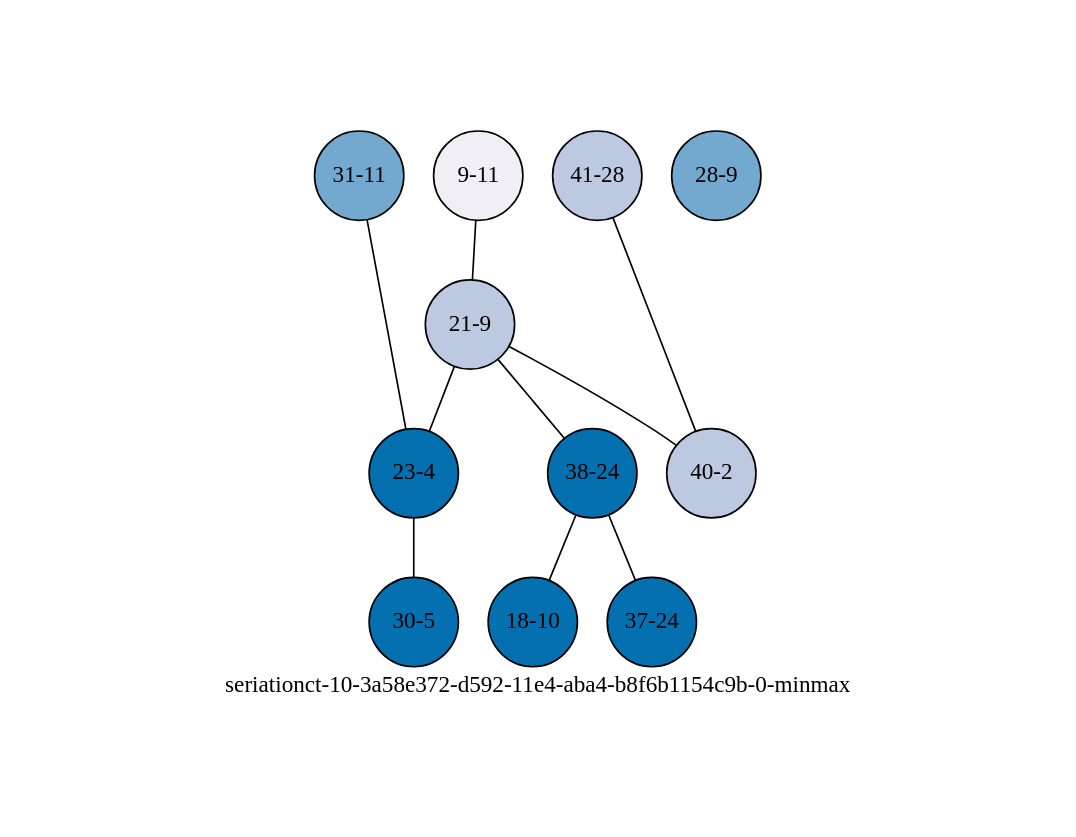
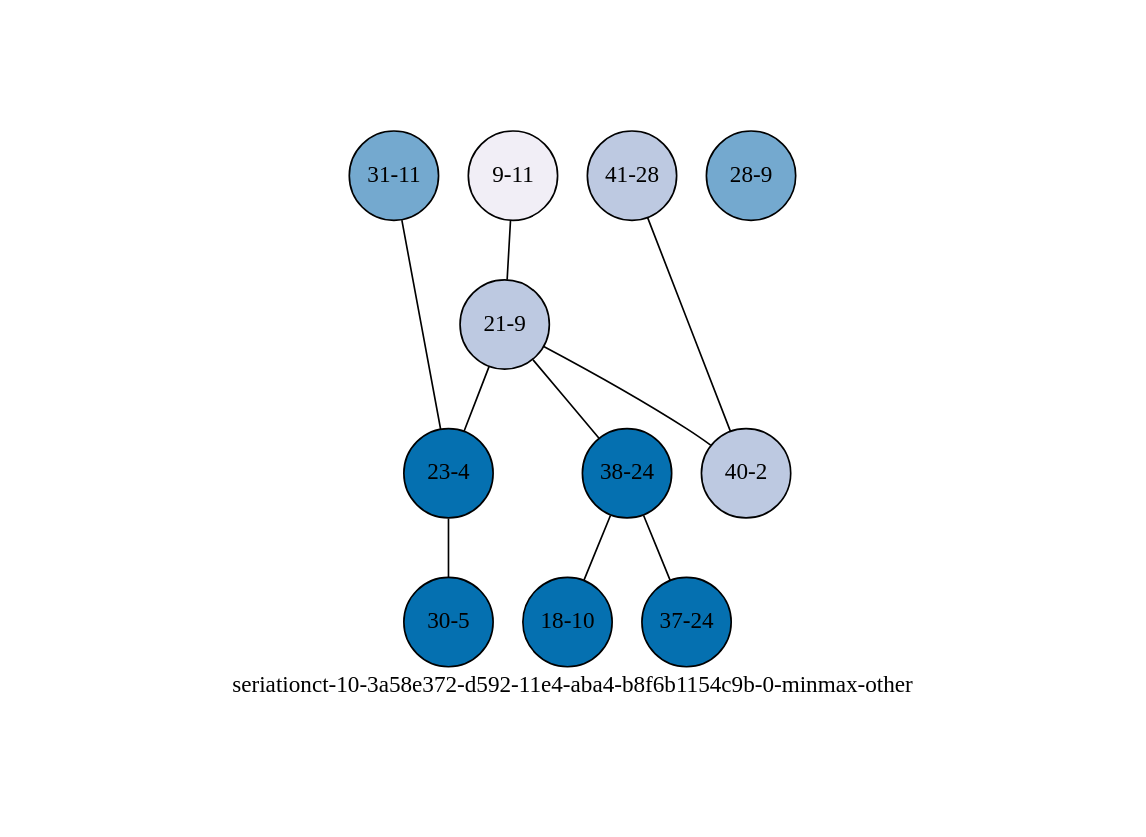
Before and after one commit to mmadsen/experiment-seriationct: the diagram in experiments/seriationct-10/seriation-results/3a58e372-d592-11e4-aba4-b8f6b1154c9b-0-sampled-0.05/3a58e372-d592-11e4-aba4-b8f6b1154c9b-0-sampled-0.05-minmax-by-weight.png-annotated-chronological.dot, drawn with Graphviz. The commit also changed 11 other files, not shown here.

```diff
--- a/experiments/seriationct-10/seriation-results/3a58e372-d592-11e4-aba4-b8f6b1154c9b-0-sampled-0.05/3a58e372-d592-11e4-aba4-b8f6b1154c9b-0-sampled-0.05-minmax-by-weight.png-annotated-chronological.dot
+++ b/experiments/seriationct-10/seriation-results/3a58e372-d592-11e4-aba4-b8f6b1154c9b-0-sampled-0.05/3a58e372-d592-11e4-aba4-b8f6b1154c9b-0-sampled-0.05-minmax-by-weight.png-annotated-chronological.dot
@@ -1,27 +1,27 @@
-strict graph "seriationct-10-3a58e372-d592-11e4-aba4-b8f6b1154c9b-0-minmax" {
+strict graph "seriationct-10-3a58e372-d592-11e4-aba4-b8f6b1154c9b-0-minmax-other" {
 labelloc=b;
 ratio=auto;
 pad="1.0";
-label="seriationct-10-3a58e372-d592-11e4-aba4-b8f6b1154c9b-0-minmax";
+label="seriationct-10-3a58e372-d592-11e4-aba4-b8f6b1154c9b-0-minmax-other";
 node [width="0.75", style=filled, fixedsize=true, height="0.75", shape=circle, label=""];
 0 [xCoordinate="11.0", appears_in_slice=2, yCoordinate="31.0", colorscheme=pubu4, short_label="31-11", label="31-11", fillcolor=3, id=0, size="454.50201905"];
 1 [xCoordinate="9.0", appears_in_slice=2, yCoordinate="28.0", colorscheme=pubu4, short_label="28-9", label="28-9", fillcolor=3, id=1, size="454.50201905"];
 2 [xCoordinate="28.0", appears_in_slice=3, yCoordinate="41.0", colorscheme=pubu4, short_label="41-28", label="41-28", fillcolor=2, id=2, size="608.597145587"];
 3 [xCoordinate="11.0", appears_in_slice=4, yCoordinate="9.0", colorscheme=pubu4, short_label="9-11", label="9-11", fillcolor=1, id=3, size="711.306679819"];
 4 [xCoordinate="9.0", appears_in_slice=3, yCoordinate="21.0", colorscheme=pubu4, short_label="21-9", label="21-9", fillcolor=2, id=4, size="608.597145587"];
 5 [xCoordinate="4.0", appears_in_slice=1, yCoordinate="23.0", colorscheme=pubu4, short_label="23-4", label="23-4", fillcolor=4, id=5, size="477.852100737"];
 6 [xCoordinate="5.0", appears_in_slice=1, yCoordinate="30.0", colorscheme=pubu4, short_label="30-5", label="30-5", fillcolor=4, id=6, size="366.064547949"];
 7 [xCoordinate="24.0", appears_in_slice=1, yCoordinate="38.0", colorscheme=pubu4, short_label="38-24", label="38-24", fillcolor=4, id=7, size="477.852100737"];
 8 [xCoordinate="24.0", appears_in_slice=1, yCoordinate="37.0", colorscheme=pubu4, short_label="37-24", label="37-24", fillcolor=4, id=8, size="366.064547949"];
 9 [xCoordinate="2.0", appears_in_slice=3, yCoordinate="40.0", colorscheme=pubu4, short_label="40-2", label="40-2", fillcolor=2, id=9, size="608.597145587"];
 10 [xCoordinate="10.0", appears_in_slice=1, yCoordinate="18.0", colorscheme=pubu4, short_label="18-10", label="18-10", fillcolor=4, id=10, size="366.064547949"];
 0 -- 5  [inverseweight="4.22591331808", weight="0.236635237103"];
 2 -- 9  [inverseweight="54.7766326686", weight="0.0182559597274"];
 3 -- 4  [inverseweight="6.04042443516", weight="0.165551280499"];
 4 -- 9  [inverseweight="5.53604526349", weight="0.180634361246"];
 4 -- 5  [inverseweight="5.03709912019", weight="0.198526964854"];
 4 -- 7  [inverseweight="4.83473891608", weight="0.206836401584"];
 5 -- 6  [inverseweight="3.66874953078", weight="0.272572436905"];
 7 -- 8  [inverseweight="5.47195909805", weight="0.182749904026"];
 7 -- 10  [inverseweight="3.12337562699", weight="0.320166422303"];
 }
```
